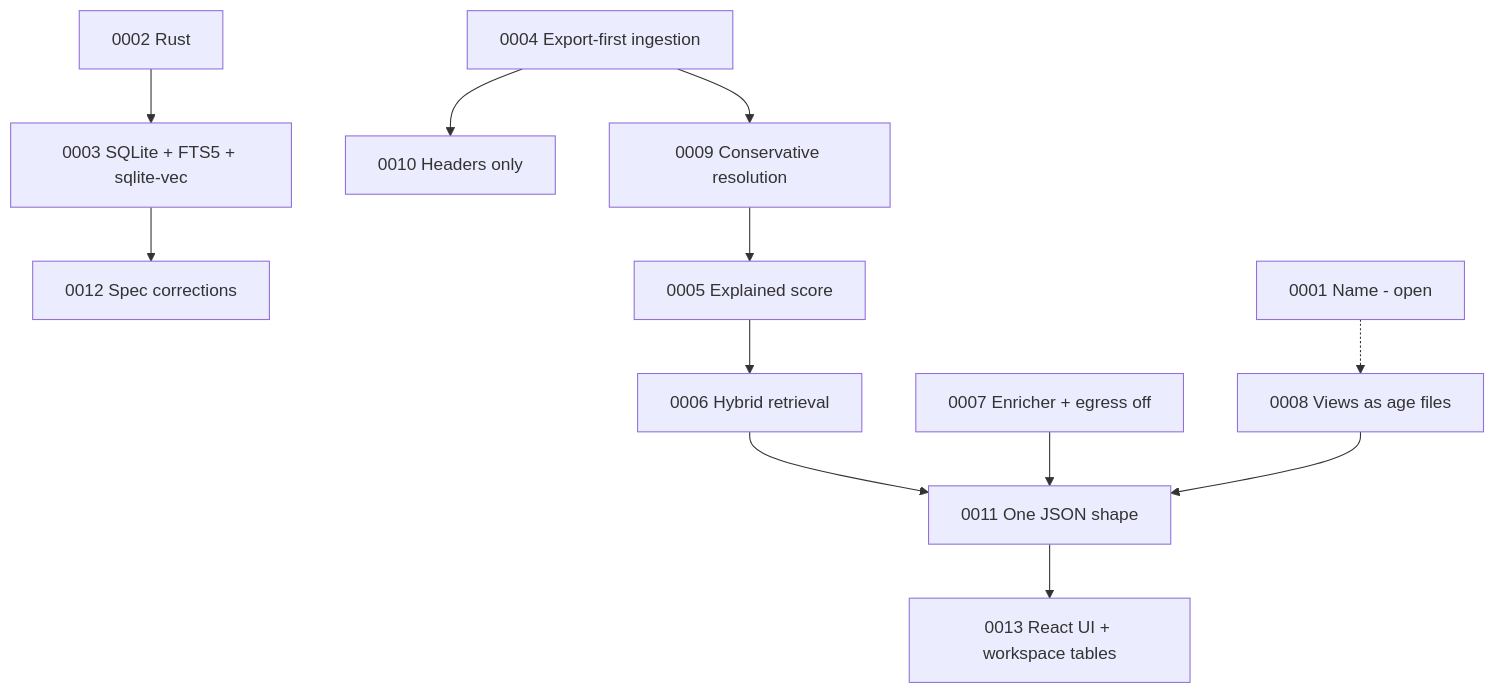
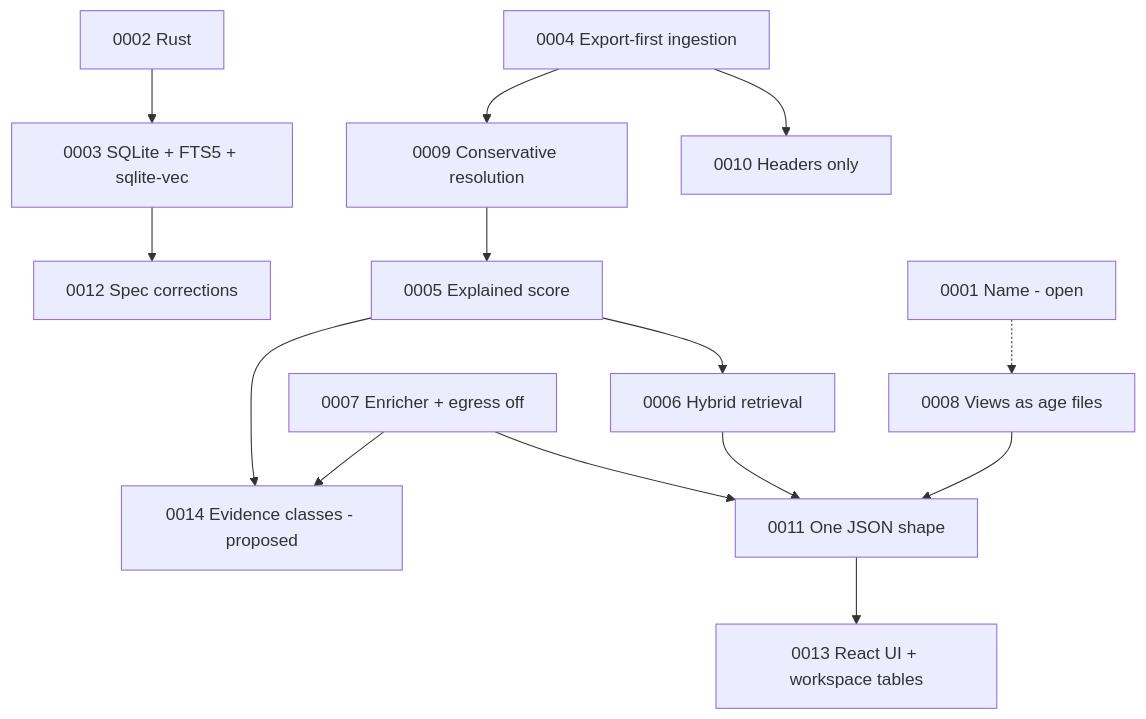
One commit to rohansx/openstance changed the diagram in docs/decisions/README.md. Above: the diagram before and after it, drawn with Mermaid. The commit also changed other lines of this file and 10 other files, not shown here.

Commit message:
docs: synthesize GitHub inspiration research into product, roadmap and ADR-0014

````diff
--- a/docs/decisions/README.md
+++ b/docs/decisions/README.md
@@ -36,14 +37,16 @@
 ```mermaid
 flowchart TD
   A2[0002 Rust] --> A3[0003 SQLite + FTS5 + sqlite-vec]
   A3 --> A12[0012 Spec corrections]
   A4[0004 Export-first ingestion] --> A10[0010 Headers only]
   A4 --> A9[0009 Conservative resolution]
   A9 --> A5[0005 Explained score]
   A5 --> A6[0006 Hybrid retrieval]
   A6 --> A11[0011 One JSON shape]
   A7[0007 Enricher + egress off] --> A11
   A8[0008 Views as age files] --> A11
   A11 --> A13[0013 React UI + workspace tables]
+  A5 --> A14[0014 Evidence classes - proposed]
+  A7 --> A14
   A1[0001 Name - open] -.-> A8
 ```
````
